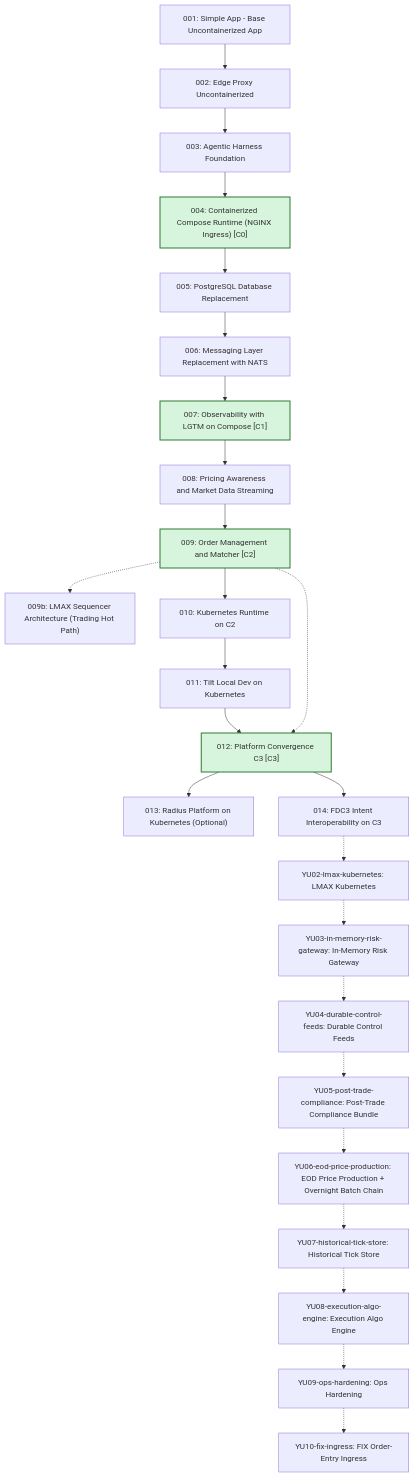
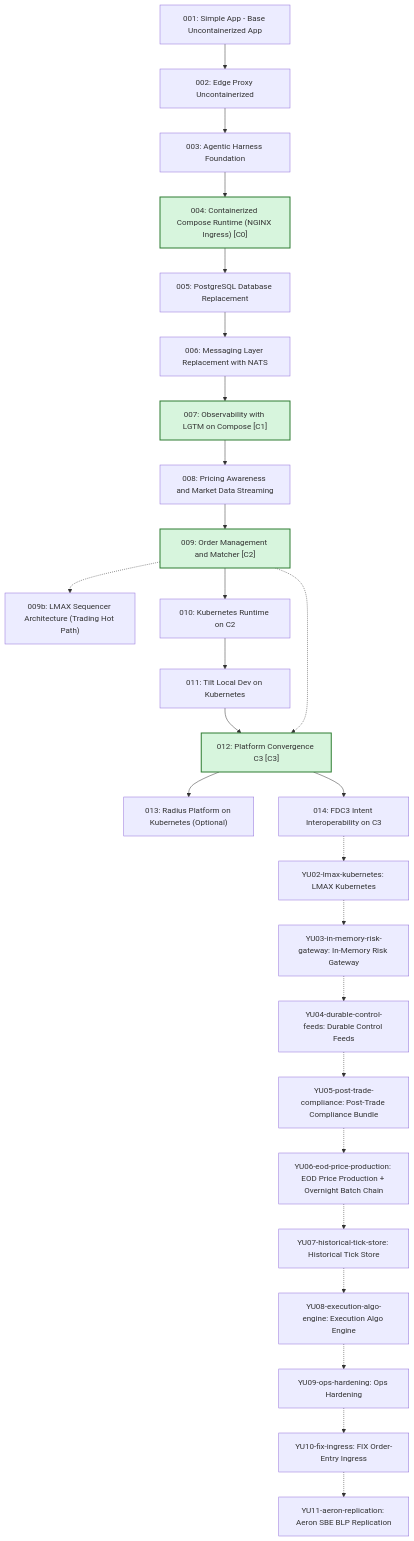
Before and after one commit to YU-CS-Summer-2026-Distributed-TraderX/traderX: the second of 3 diagrams in docs/learning-paths/index.md, drawn with Mermaid. The commit also changed other lines of this file and 41 other files, not shown here.

Commit message:
YU11: scaffold Aeron replication state

```diff
--- a/docs/learning-paths/index.md
+++ b/docs/learning-paths/index.md
@@ -59,6 +59,7 @@
   SYU08_execution_algo_engine["YU08-execution-algo-engine: Execution Algo Engine"]
   SYU09_ops_hardening["YU09-ops-hardening: Ops Hardening"]
   SYU10_fix_ingress["YU10-fix-ingress: FIX Order-Entry Ingress"]
+  SYU11_aeron_replication["YU11-aeron-replication: Aeron SBE BLP Replication"]
   S001_baseline_uncontainerized_parity --> S002_edge_proxy_uncontainerized
   S002_edge_proxy_uncontainerized --> S003_agentic_harness_foundation
   S003_agentic_harness_foundation --> S004_containerized_compose_runtime
@@ -82,6 +83,7 @@
   SYU07_historical_tick_store -.-> SYU08_execution_algo_engine
   SYU08_execution_algo_engine -.-> SYU09_ops_hardening
   SYU09_ops_hardening -.-> SYU10_fix_ingress
+  SYU10_fix_ingress -.-> SYU11_aeron_replication
   S009_order_management_matcher -.-> S012_platform_convergence_c3
   click S001_baseline_uncontainerized_parity href "/specs/baseline-uncontainerized-parity" "Open State 001 Spec Pack"
   click S002_edge_proxy_uncontainerized href "/specs/edge-proxy-uncontainerized" "Open State 002 Spec Pack"
@@ -107,6 +109,7 @@
   click SYU08_execution_algo_engine href "/specs/YU08-execution-algo-engine" "Open State YU08-execution-algo-engine Spec Pack"
   click SYU09_ops_hardening href "/specs/YU09-ops-hardening" "Open State YU09-ops-hardening Spec Pack"
   click SYU10_fix_ingress href "/specs/YU10-fix-ingress" "Open State YU10-fix-ingress Spec Pack"
+  click SYU11_aeron_replication href "/specs/YU11-aeron-replication" "Open State YU11-aeron-replication Spec Pack"
   classDef convergence fill:#d7f5dd,stroke:#2e7d32,stroke-width:2px
   class S004_containerized_compose_runtime convergence
   class S007_observability_lgtm_compose convergence
```
